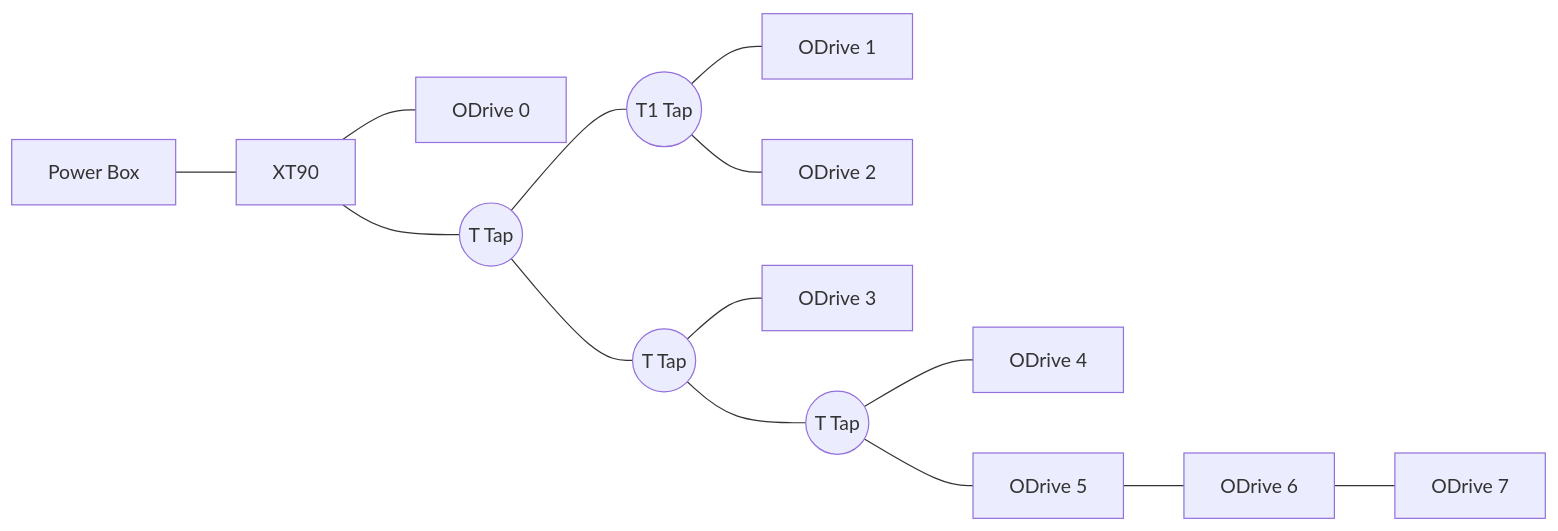
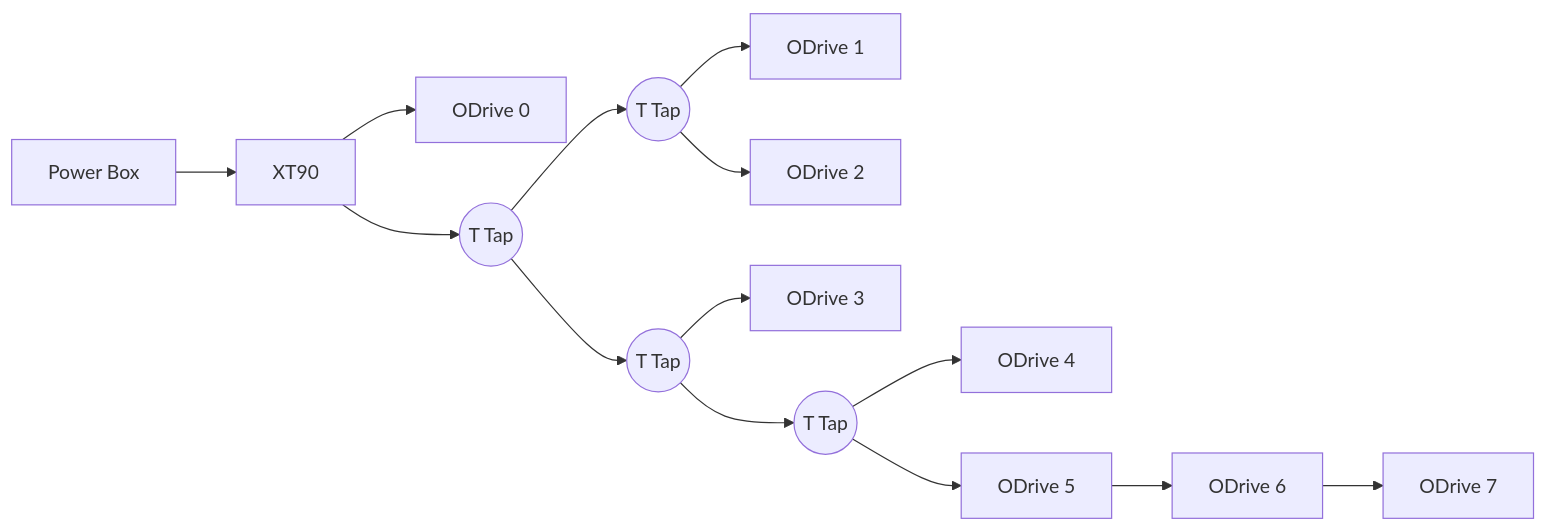
The second of 2 diagrams in README.md (JesseDarr/dARM), drawn with Mermaid before and after one commit. The commit also changed other lines of this file, not shown here.

````diff
--- a/README.md
+++ b/README.md
@@ -166,16 +166,16 @@
 ```mermaid                          
-graph LR
-    PowerBox[Power Box] --- XT90[XT90]
-    XT90 --- ODrive0[ODrive 0]
-    XT90 --- T0((T Tap))
-    T0 --- T1((T1 Tap))
-    T0 --- T2((T Tap))
-    T1 --- ODrive1[ODrive 1]
-    T1 --- ODrive2[ODrive 2]
-    T2 --- ODrive3[ODrive 3]
-    T2 --- T3((T Tap))
-    T3 --- ODrive4[ODrive 4]
-    T3 --- ODrive5[ODrive 5]
-    ODrive5 --- ODrive6[ODrive 6]
-    ODrive6 --- ODrive7[ODrive 7]
+flowchart LR
+    PowerBox[Power Box] --> XT90[XT90]
+    XT90 --> ODrive0[ODrive 0]
+    XT90 --> T0((T Tap))
+    T0 --> T1((T Tap))
+    T0 --> T2((T Tap))
+    T1 --> ODrive1[ODrive 1]
+    T1 --> ODrive2[ODrive 2]
+    T2 --> ODrive3[ODrive 3]
+    T2 --> T3((T Tap))
+    T3 --> ODrive4[ODrive 4]
+    T3 --> ODrive5[ODrive 5]
+    ODrive5 --> ODrive6[ODrive 6]
+    ODrive6 --> ODrive7[ODrive 7]
 ```
````
